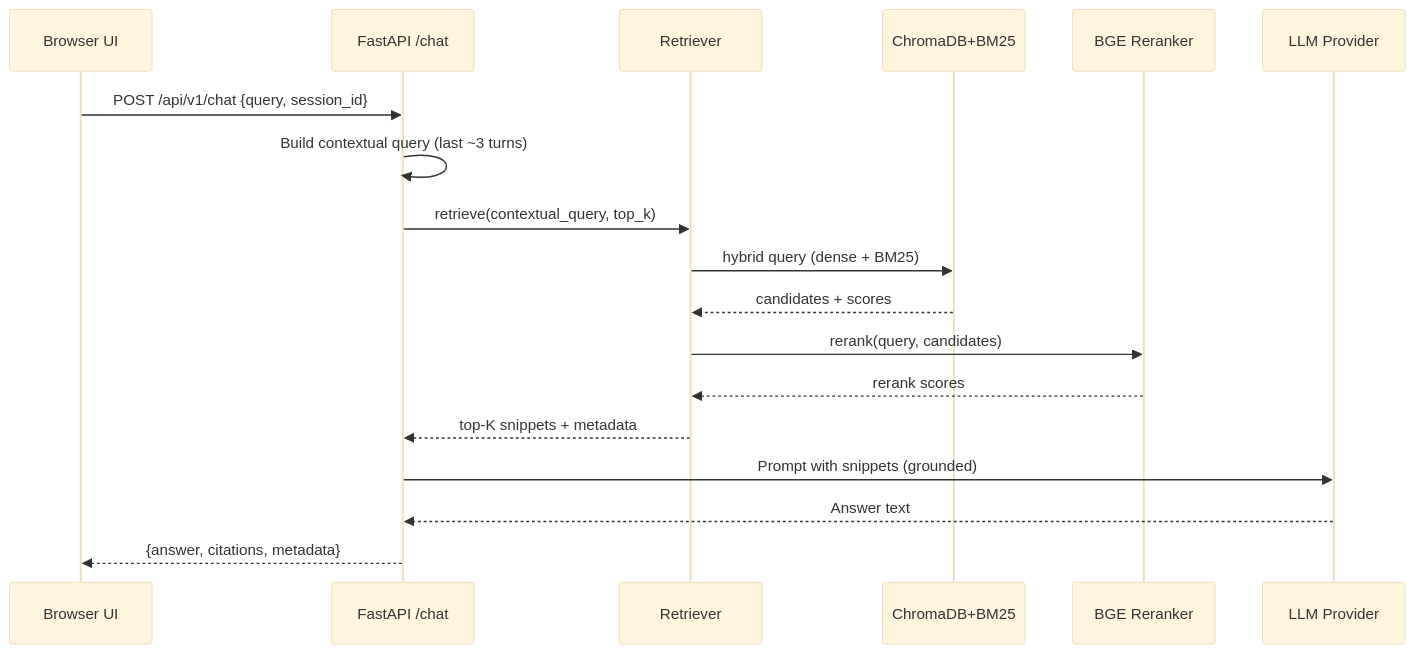
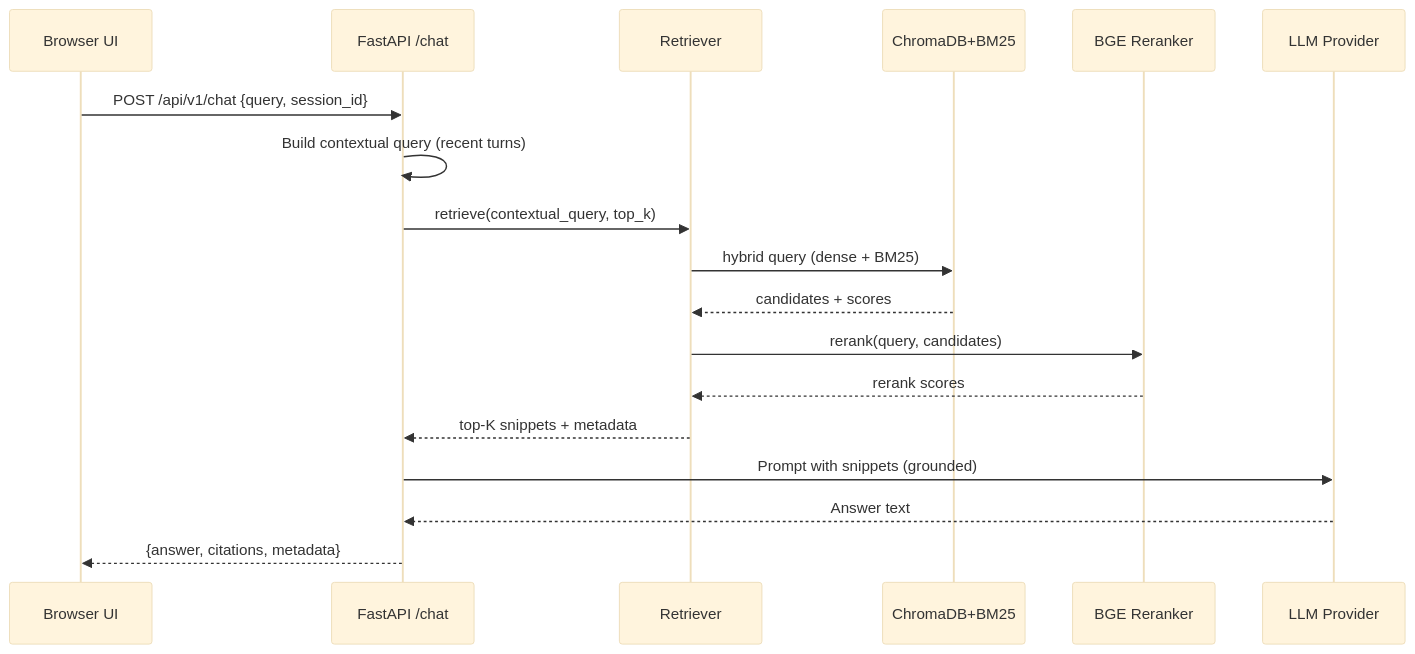
The third of 3 diagrams in docs/README.md (Shauryagulati/regnavigator), drawn with Mermaid (base theme) before and after one commit. The commit also changed other lines of this file, not shown here.

````diff
--- a/docs/README.md
+++ b/docs/README.md
@@ -173,21 +201,21 @@
 ```mermaid
 sequenceDiagram
   participant UI as Browser UI
   participant API as FastAPI /chat
   participant RET as Retriever
   participant STO as ChromaDB+BM25
   participant RER as BGE Reranker
   participant LLM as LLM Provider
 
   UI->>API: POST /api/v1/chat {query, session_id}
-  API->>API: Build contextual query (last ~3 turns)
+  API->>API: Build contextual query (recent turns)
   API->>RET: retrieve(contextual_query, top_k)
   RET->>STO: hybrid query (dense + BM25)
   STO-->>RET: candidates + scores
   RET->>RER: rerank(query, candidates)
   RER-->>RET: rerank scores
-  RET-->>API: top‑K snippets + metadata
+  RET-->>API: top-K snippets + metadata
   API->>LLM: Prompt with snippets (grounded)
   LLM-->>API: Answer text
   API-->>UI: {answer, citations, metadata}
 ```
````
